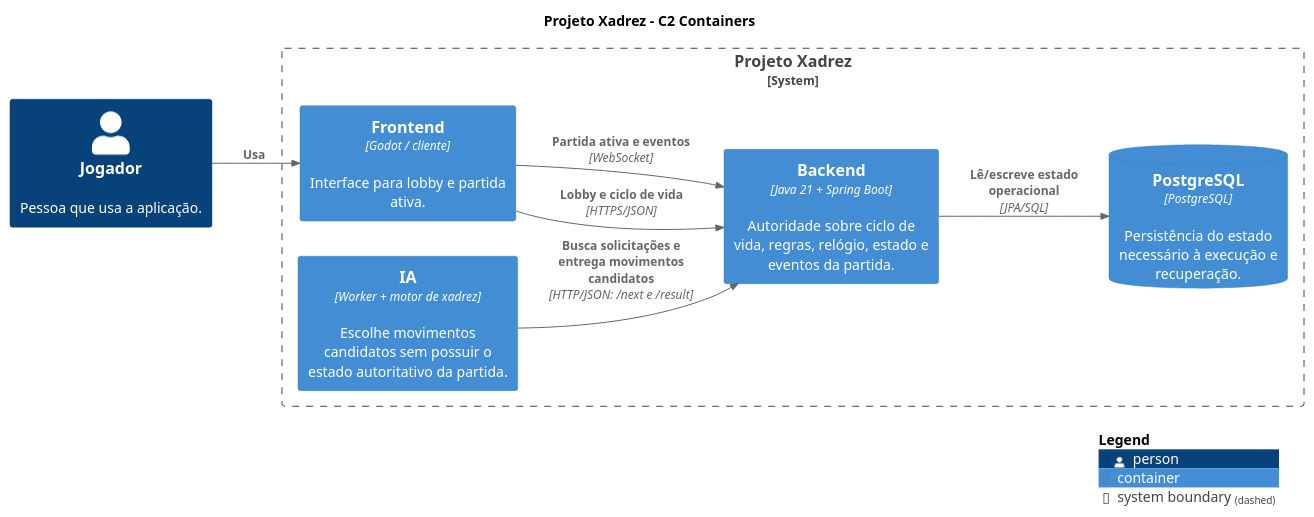
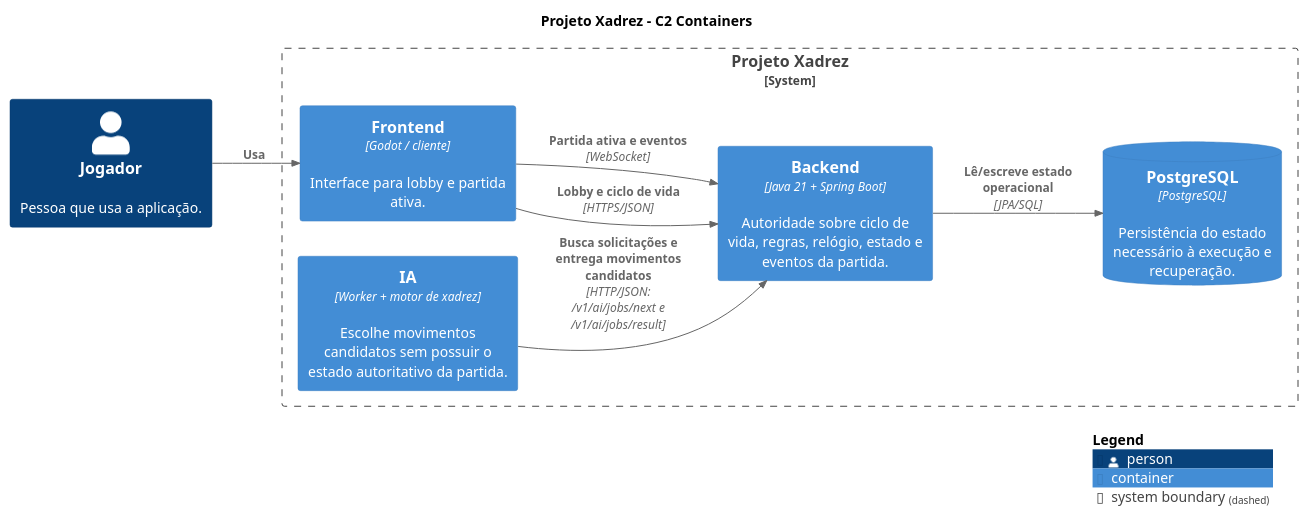
Before and after one commit to brenomega/chess-backend: the diagram in docs/architecture/diagrams/c2-containers.puml, drawn with PlantUML. The commit also changed 4 other files, not shown here.

```diff
--- a/docs/architecture/diagrams/c2-containers.puml
+++ b/docs/architecture/diagrams/c2-containers.puml
@@ -1,23 +1,23 @@
 @startuml
 !include <C4/C4_Container>
 LAYOUT_LEFT_RIGHT()
 
 title Projeto Xadrez - C2 Containers
 
 Person(player, "Jogador", "Pessoa que usa a aplicação.")
 
 System_Boundary(system, "Projeto Xadrez") {
   Container(frontend, "Frontend", "Godot / cliente", "Interface para lobby e partida ativa.")
   Container(backend, "Backend", "Java 21 + Spring Boot", "Autoridade sobre ciclo de vida, regras, relógio, estado e eventos da partida.")
   Container(ai, "IA", "Worker + motor de xadrez", "Escolhe movimentos candidatos sem possuir o estado autoritativo da partida.")
   ContainerDb(db, "PostgreSQL", "PostgreSQL", "Persistência do estado necessário à execução e recuperação.")
 }
 
 Rel(player, frontend, "Usa")
 Rel(frontend, backend, "Lobby e ciclo de vida", "HTTPS/JSON")
 Rel(frontend, backend, "Partida ativa e eventos", "WebSocket")
 Rel(backend, db, "Lê/escreve estado operacional", "JPA/SQL")
-Rel(ai, backend, "Busca solicitações e entrega movimentos candidatos", "HTTP/JSON: /next e /result")
+Rel(ai, backend, "Busca solicitações e entrega movimentos candidatos", "HTTP/JSON: /v1/ai/jobs/next e /v1/ai/jobs/result")
 
 SHOW_LEGEND()
 @enduml
```
